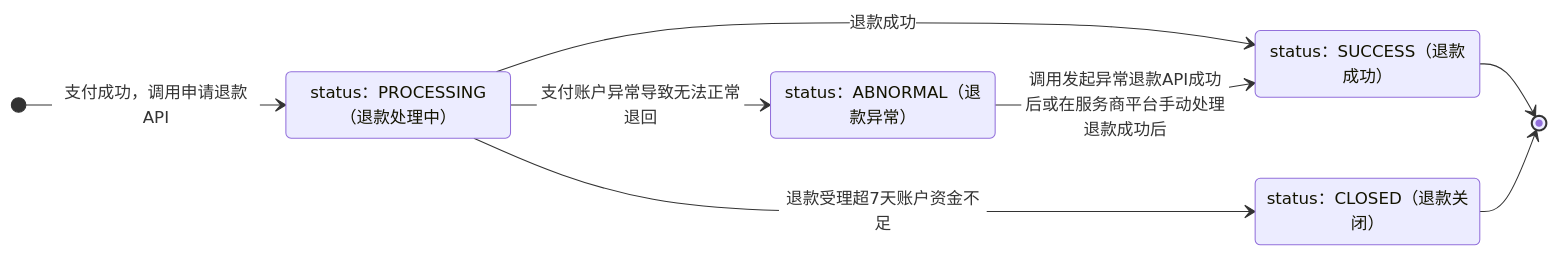
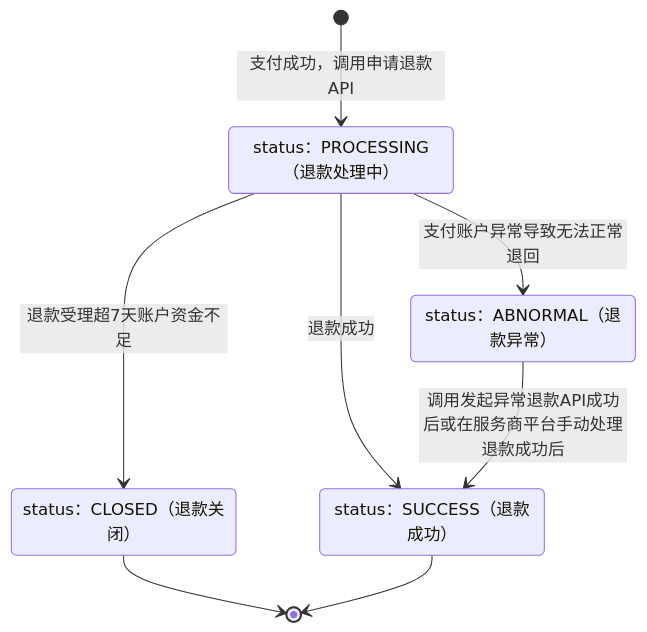
One commit to minibear2021/wechatpay_docs changed the fifth of 5 diagrams in docs/partner/pages/4013080623.md. Above: the diagram before and after it, drawn with Mermaid. The commit also changed other lines of this file and 7 other files, not shown here.

````diff
--- a/docs/partner/pages/4013080623.md
+++ b/docs/partner/pages/4013080623.md
@@ -137,17 +128,14 @@
 ```mermaid
-%%{init: {'themeVariables':{'edgeLabelBackground':'#ffffff'}}}%%
 stateDiagram-v2
-    direction LR
-    state "status：PROCESSING（退款处理中）" as S2
-    state "status：SUCCESS（退款成功）" as S3
-    state "status：ABNORMAL（退款异常）" as S4
-    state "status：CLOSED（退款关闭）" as S5
-
-    [*] --> S2: 支付成功，调用申请退款API
-    S2 --> S3: 退款成功
-    S2 --> S4: 支付账户异常导致无法正常退回
-    S2 --> S5: 退款受理超7天账户资金不足
-    S3 --> [*]
-    S4 --> S3: 调用发起异常退款API成功后或在服务商平台手动处理退款成功后
-    S5 --> [*]
+  state "status：PROCESSING（退款处理中）" as S0
+  state "status：SUCCESS（退款成功）" as S1
+  state "status：ABNORMAL（退款异常）" as S2
+  state "status：CLOSED（退款关闭）" as S3
+  [*] --> S0 : 支付成功，调用申请退款API
+  S0 --> S1 : 退款成功
+  S0 --> S2 : 支付账户异常导致无法正常退回
+  S0 --> S3 : 退款受理超7天账户资金不足
+  S3 --> [*]
+  S2 --> S1 : 调用发起异常退款API成功后或在服务商平台手动处理退款成功后
+  S1 --> [*]
 ```
````
